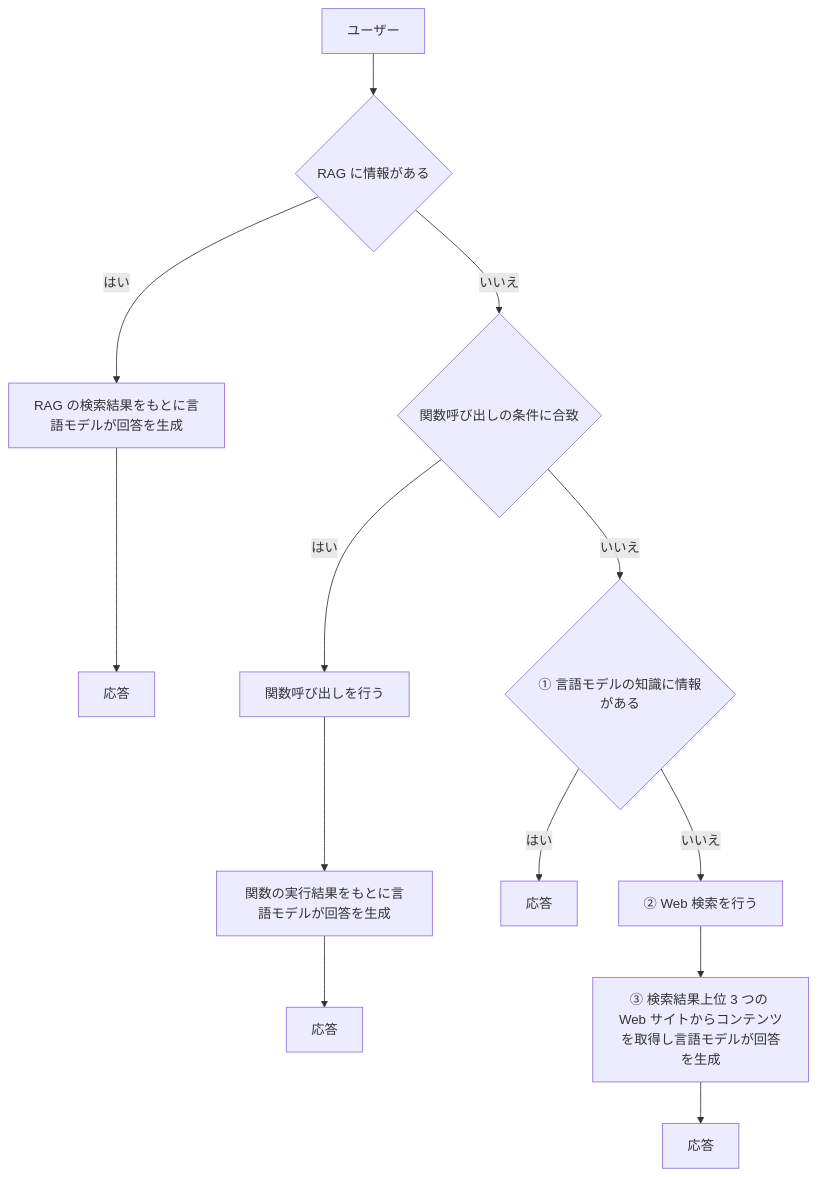
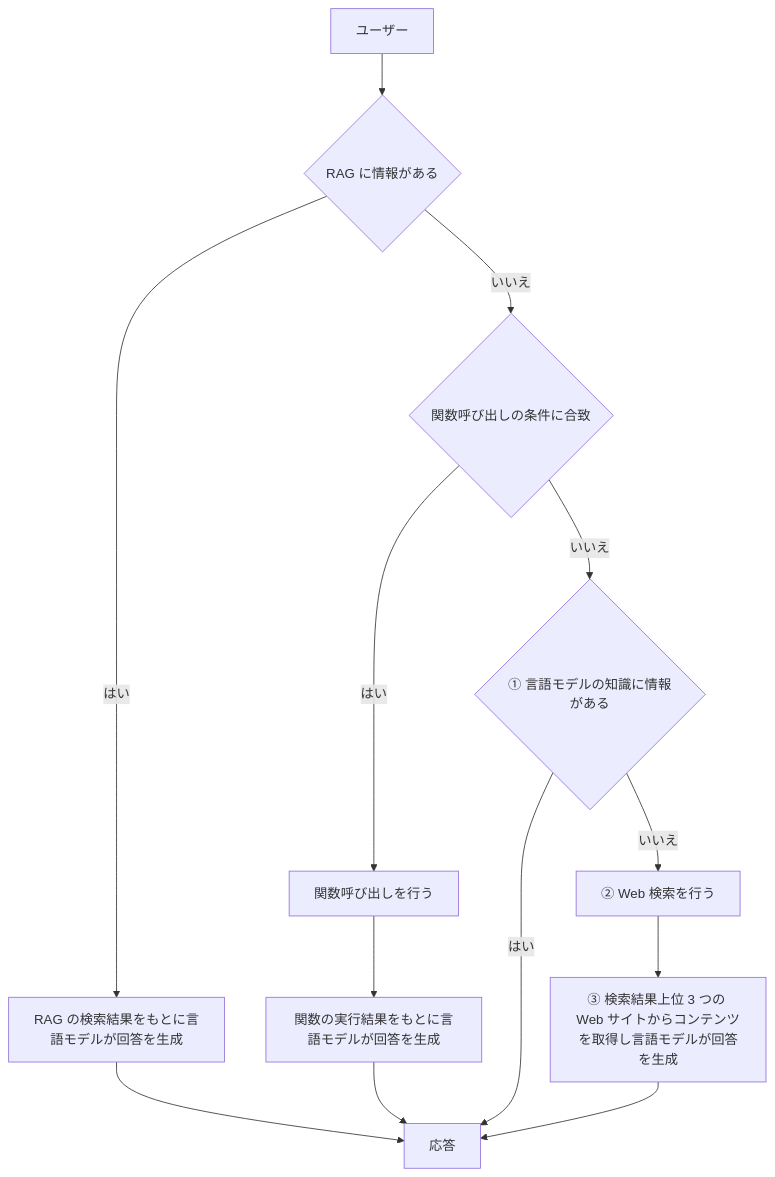
The diagram in Ex03-op-1.md (osamum/AOAI-first-step-for-Developer), drawn with Mermaid before and after one commit.

Commit message:
add Ex03-op1

````diff
--- a/Ex03-op-1.md
+++ b/Ex03-op-1.md
@@ -9,15 +9,15 @@
 ```mermaid
 graph TD
     A[ユーザー] --> B{RAG に情報がある}
     B -- はい --> C[RAG の検索結果をもとに言語モデルが回答を生成]
-    C --> D[応答]
+    C --> M[応答]
     B -- いいえ --> E{関数呼び出しの条件に合致}
     E -- はい --> F[関数呼び出しを行う]
     F --> G[関数の実行結果をもとに言語モデルが回答を生成]
-    G --> H[応答]
+    G --> M[応答]
     E -- いいえ --> I{① 言語モデルの知識に情報がある}
-    I -- はい --> J[応答]
+    I -- はい --> M[応答]
     I -- いいえ --> K[➁ Web 検索を行う]
     K --> L[③ 検索結果上位 3 つの Web サイトからコンテンツを取得し言語モデルが回答を生成]
     L --> M[応答]
 ```
````
